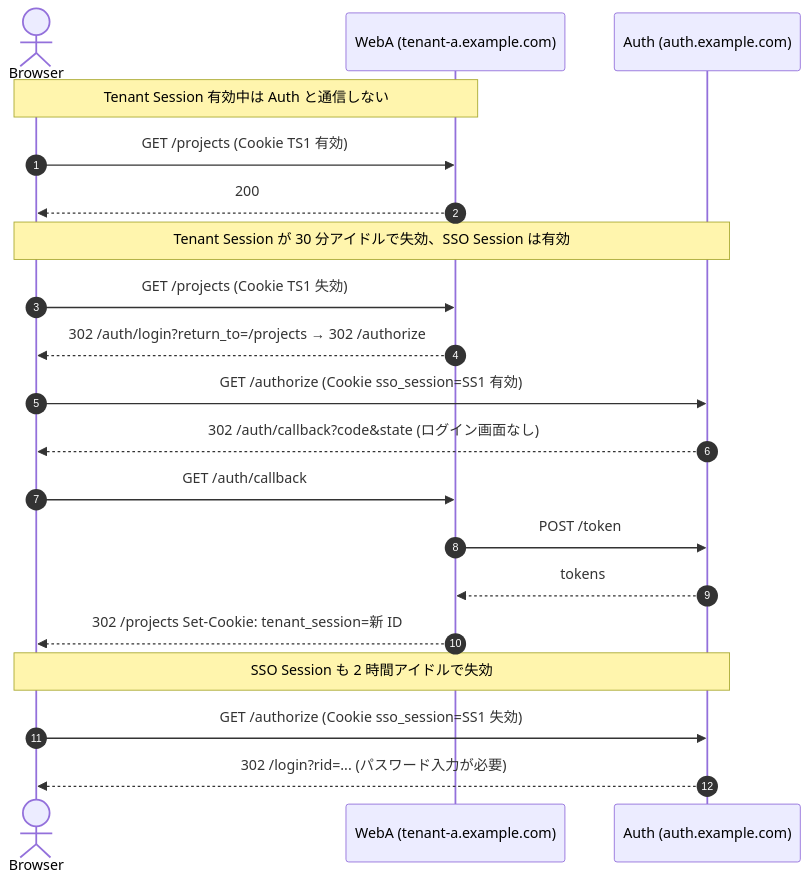
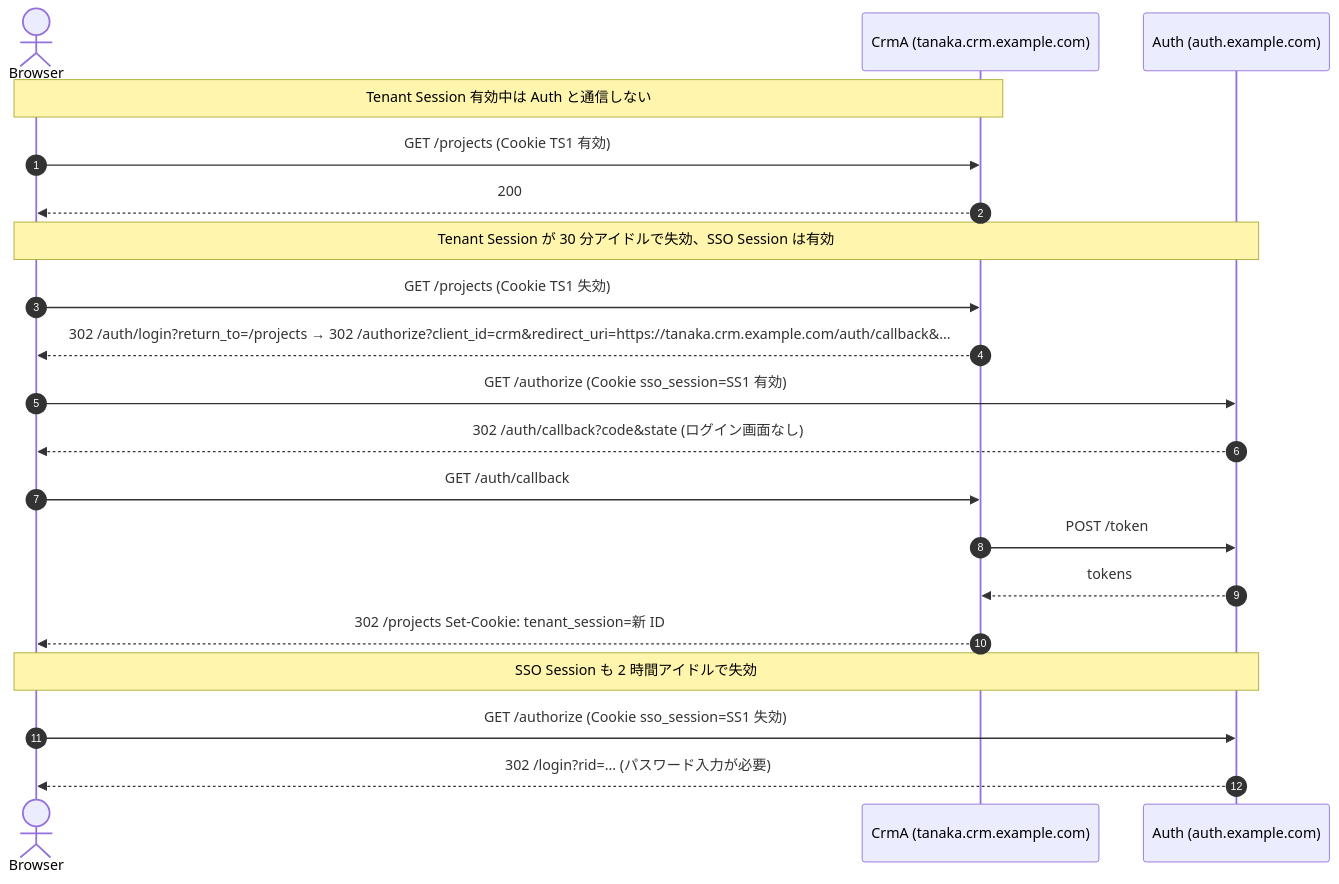
Before and after one commit to daisuke-tanabe/multi-domain-sandbox: the sixth of 10 diagrams in docs/integration-guide.md, drawn with Mermaid. The commit also changed other lines of this file and 62 other files, not shown here.

````diff
--- a/docs/integration-guide.md
+++ b/docs/integration-guide.md
@@ -558,25 +683,25 @@
 ```mermaid
 sequenceDiagram
     autonumber
     actor Browser
-    participant WebA as WebA (tenant-a.example.com)
+    participant CrmA as CrmA (tanaka.crm.example.com)
     participant Auth as Auth (auth.example.com)
 
-    Note over Browser,WebA: Tenant Session 有効中は Auth と通信しない
-    Browser->>WebA: GET /projects (Cookie TS1 有効)
-    WebA-->>Browser: 200
+    Note over Browser,CrmA: Tenant Session 有効中は Auth と通信しない
+    Browser->>CrmA: GET /projects (Cookie TS1 有効)
+    CrmA-->>Browser: 200
 
     Note over Browser,Auth: Tenant Session が 30 分アイドルで失効、SSO Session は有効
-    Browser->>WebA: GET /projects (Cookie TS1 失効)
-    WebA-->>Browser: 302 /auth/login?return_to=/projects → 302 /authorize
+    Browser->>CrmA: GET /projects (Cookie TS1 失効)
+    CrmA-->>Browser: 302 /auth/login?return_to=/projects → 302 /authorize?client_id=crm&redirect_uri=https://tanaka.crm.example.com/auth/callback&...
     Browser->>Auth: GET /authorize (Cookie sso_session=SS1 有効)
     Auth-->>Browser: 302 /auth/callback?code&state (ログイン画面なし)
-    Browser->>WebA: GET /auth/callback
-    WebA->>Auth: POST /token
-    Auth-->>WebA: tokens
-    WebA-->>Browser: 302 /projects  Set-Cookie: tenant_session=新 ID
+    Browser->>CrmA: GET /auth/callback
+    CrmA->>Auth: POST /token
+    Auth-->>CrmA: tokens
+    CrmA-->>Browser: 302 /projects  Set-Cookie: tenant_session=新 ID
 
     Note over Browser,Auth: SSO Session も 2 時間アイドルで失効
     Browser->>Auth: GET /authorize (Cookie sso_session=SS1 失効)
     Auth-->>Browser: 302 /login?rid=... (パスワード入力が必要)
 ```
````
